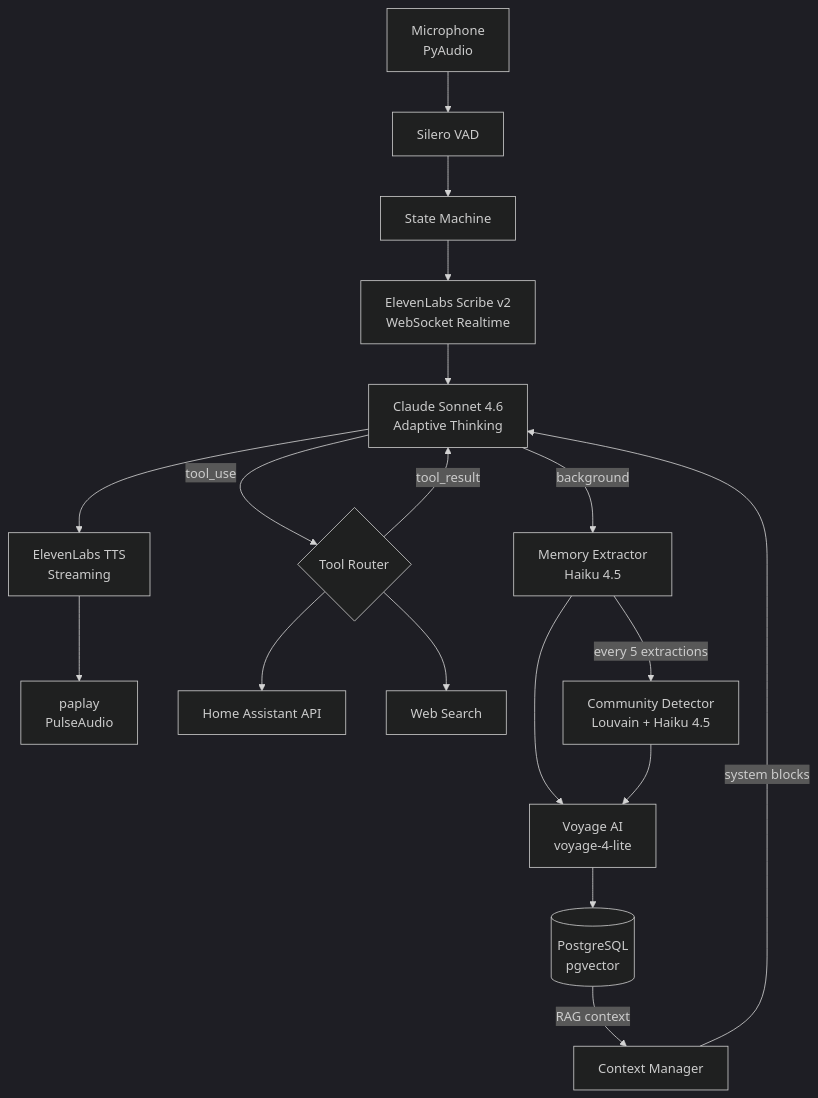
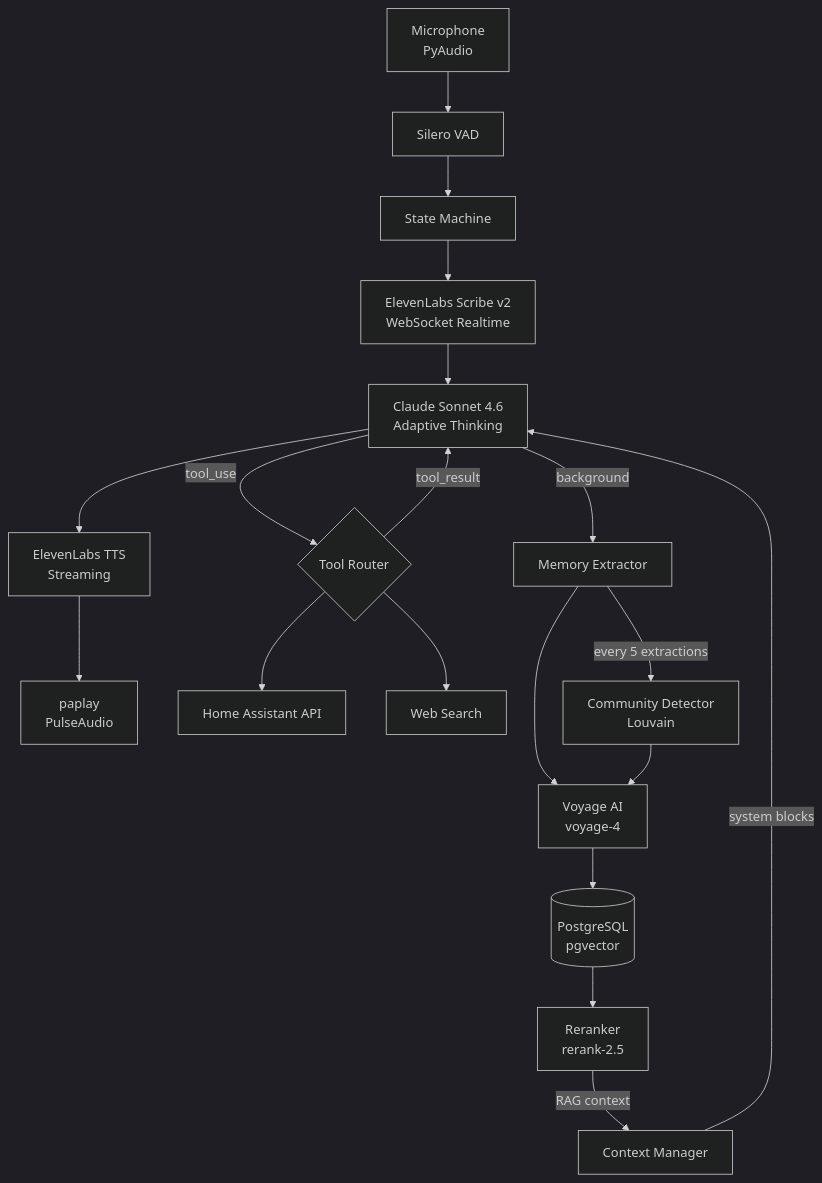
Before and after one commit to NorthProt-Inc/prot: the first of 2 diagrams in README.md, drawn with Mermaid (dark theme). The commit also changed other lines of this file and 15 other files, not shown here.

````diff
--- a/README.md
+++ b/README.md
@@ -23,22 +23,22 @@
 ```mermaid
 graph TD
     MIC[Microphone<br/>PyAudio] --> VAD[Silero VAD]
     VAD --> SM[State Machine]
     SM --> STT[ElevenLabs Scribe v2<br/>WebSocket Realtime]
     STT --> LLM[Claude Sonnet 4.6<br/>Adaptive Thinking]
     LLM --> TTS[ElevenLabs TTS<br/>Streaming]
     TTS --> PLAY[paplay<br/>PulseAudio]
 
     LLM -->|tool_use| TOOLS{Tool Router}
     TOOLS --> HASS[Home Assistant API]
     TOOLS --> WEB[Web Search]
     TOOLS -->|tool_result| LLM
 
-    LLM -->|background| MEM[Memory Extractor<br/>Haiku 4.5]
-    MEM --> EMB[Voyage AI<br/>voyage-4-lite]
+    LLM -->|background| MEM[Memory Extractor]
+    MEM --> EMB[Voyage AI<br/>voyage-4]
     EMB --> DB[(PostgreSQL<br/>pgvector)]
-    MEM -->|every 5 extractions| COMM[Community Detector<br/>Louvain + Haiku 4.5]
+    MEM -->|every 5 extractions| COMM[Community Detector<br/>Louvain]
     COMM --> EMB
-    DB -->|RAG context| CTX[Context Manager]
+    DB --> RERANK[Reranker<br/>rerank-2.5] -->|RAG context| CTX[Context Manager]
     CTX -->|system blocks| LLM
 ```
````
